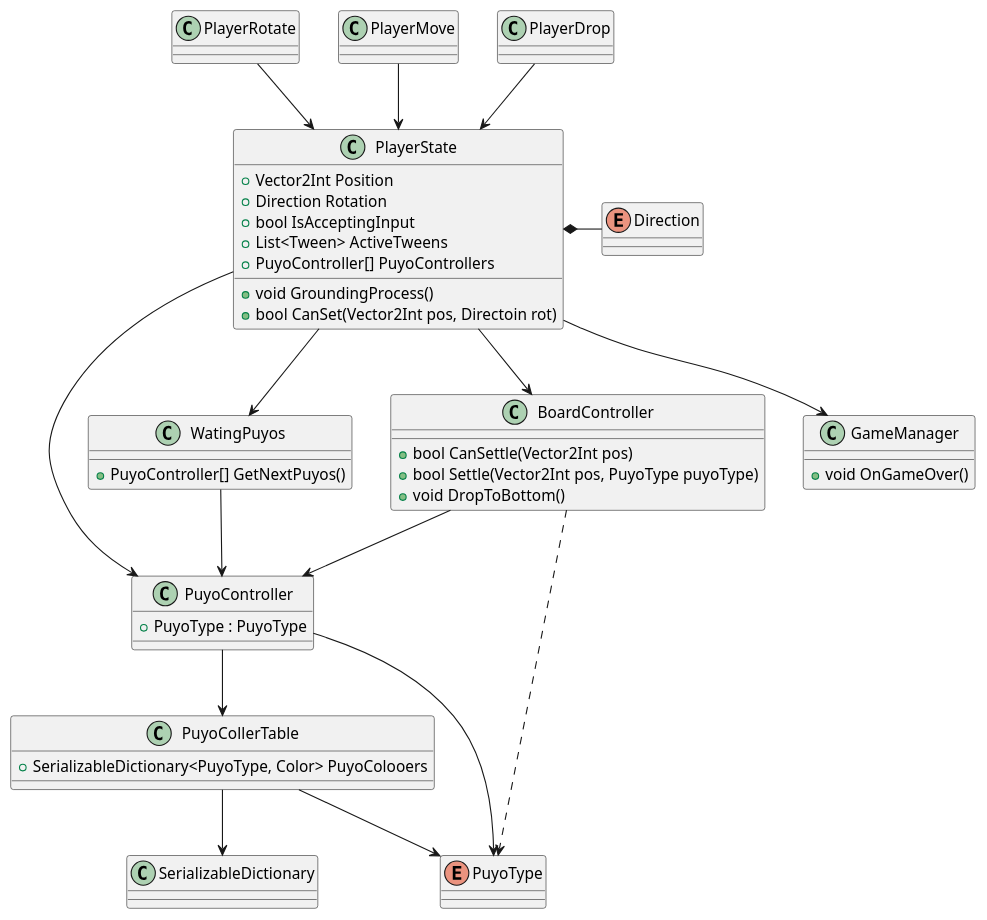
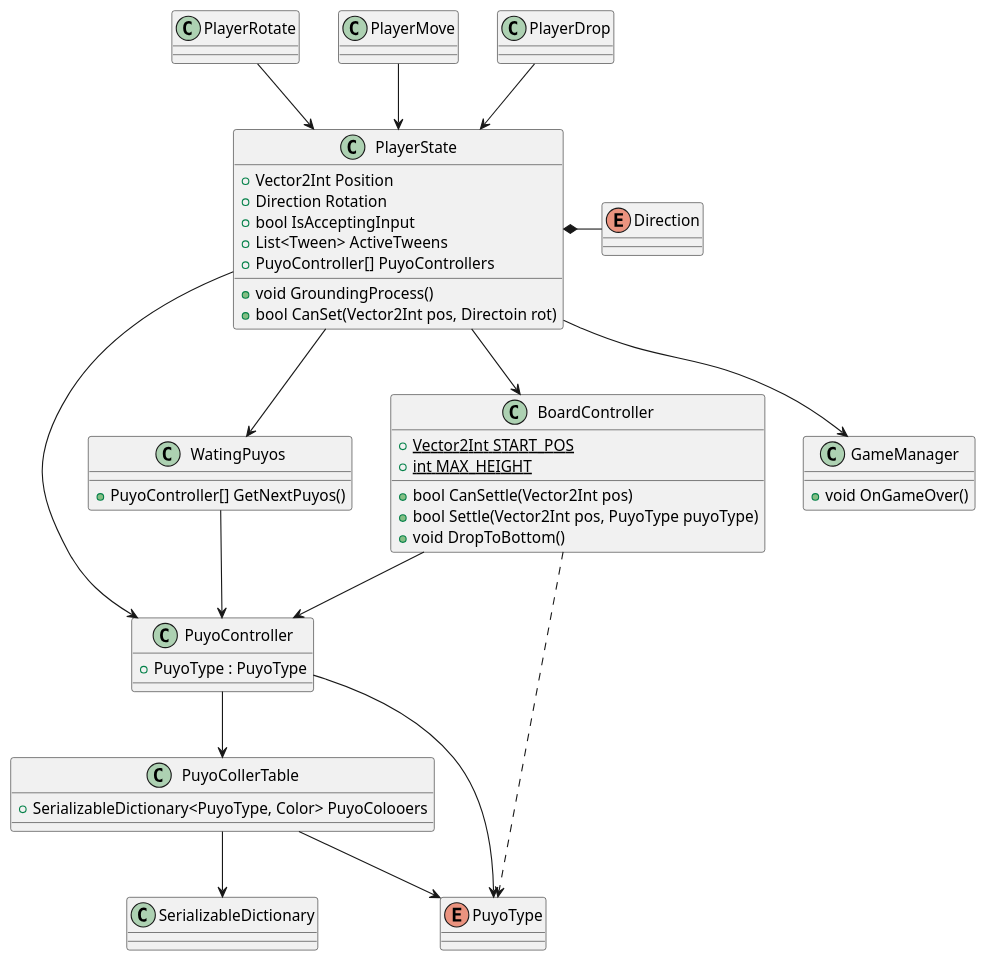
The diagram in puyopuyo.pu (snnn30/UniteBlocks), drawn with PlantUML before and after one commit. The commit also changed 2 other files, not shown here.

```diff
--- a/puyopuyo.pu
+++ b/puyopuyo.pu
@@ -1,56 +1,58 @@
 @startuml hoge
 class BoardController{
+    {static} +Vector2Int START_POS
+    {static} +int MAX_HEIGHT
     +bool CanSettle(Vector2Int pos) 
     +bool Settle(Vector2Int pos, PuyoType puyoType)
     +void DropToBottom()
 }
 class PuyoController{
     +PuyoType : PuyoType
 }
 class PuyoCollerTable{
     +SerializableDictionary<PuyoType, Color> PuyoColooers
 }
 class SerializableDictionary
 enum PuyoType
 
 class PlayerRotate
 class PlayerMove
 class PlayerDrop
 class PlayerState{
     +Vector2Int Position
     +Direction Rotation    
     +bool IsAcceptingInput
     +List<Tween> ActiveTweens
     +PuyoController[] PuyoControllers
     +void GroundingProcess()
     +bool CanSet(Vector2Int pos, Directoin rot)
 }
 enum Direction
 class WatingPuyos{
     +PuyoController[] GetNextPuyos()
 }
 
 class GameManager{
     +void OnGameOver()
 }
 
 BoardController --> PuyoController
 BoardController ..> PuyoType
 PuyoController --> PuyoCollerTable
 PuyoController --> PuyoType
 PuyoCollerTable --> SerializableDictionary
 PuyoCollerTable --> PuyoType
 
 PlayerDrop --> PlayerState
 PlayerRotate --> PlayerState
 PlayerMove --> PlayerState
 
 PlayerState --> PuyoController
 PlayerState --> BoardController
 PlayerState *- Direction
 PlayerState --> WatingPuyos
 PlayerState =-> GameManager
 WatingPuyos --> PuyoController
 
 
 @enduml
```
